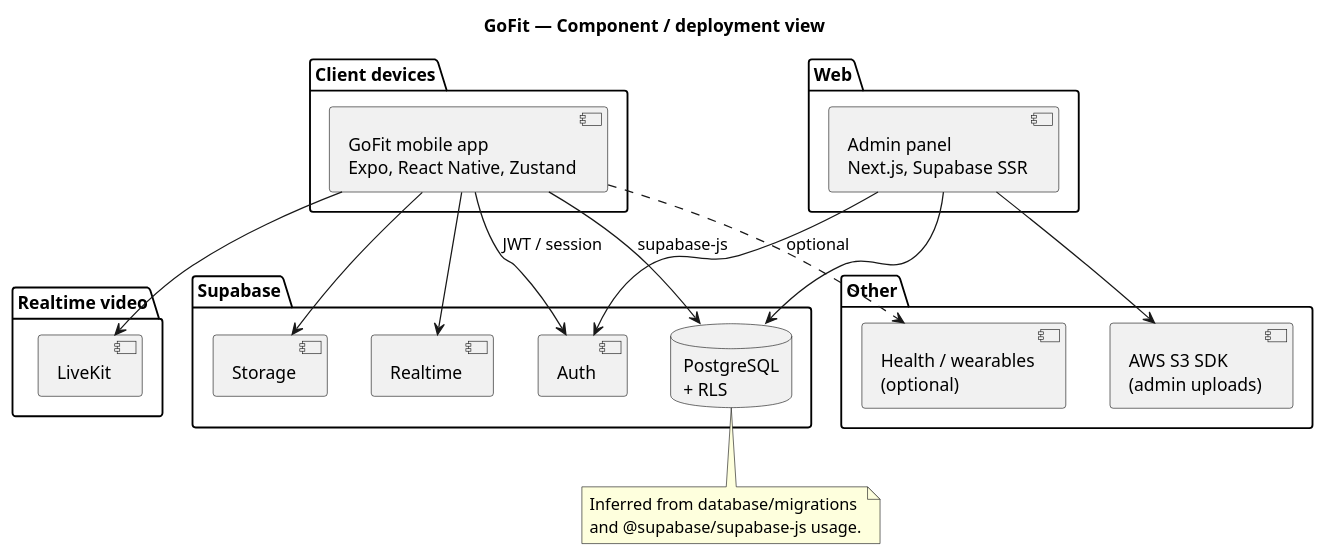
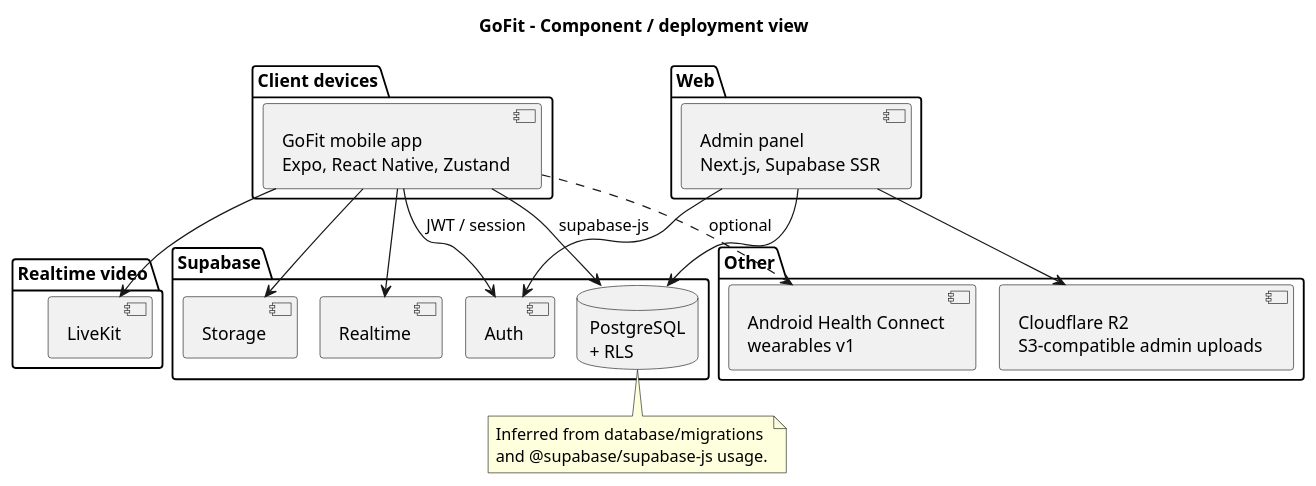
Before and after one commit to yessineblanco/GoFitFull: the diagram in docs/diagrams/gofit-architecture.puml, drawn with PlantUML. The commit also changed 17 other files, not shown here.

First line of the commit message:
feat: update diagrams and settings for improved visualization and functionality

```diff
--- a/docs/diagrams/gofit-architecture.puml
+++ b/docs/diagrams/gofit-architecture.puml
@@ -1,44 +1,45 @@
 @startuml GoFit_Architecture
-title GoFit — Component / deployment view
+!pragma layout smetana
+title GoFit - Component / deployment view
 
 package "Client devices" {
   [GoFit mobile app\nExpo, React Native, Zustand] as Mobile
 }
 
 package "Web" {
   [Admin panel\nNext.js, Supabase SSR] as Admin
 }
 
 package "Realtime video" {
   [LiveKit] as LK
 }
 
 package "Supabase" {
   [Auth] as Auth
   database "PostgreSQL\n+ RLS" as PG
   [Storage] as Stor
   [Realtime] as Realtime
 }
 
 package "Other" {
-  [AWS S3 SDK\n(admin uploads)] as S3
-  [Health / wearables\n(optional)] as Health
+  [Cloudflare R2\nS3-compatible admin uploads] as R2
+  [Android Health Connect\nwearables v1] as Health
 }
 
 Mobile --> Auth : JWT / session
 Mobile --> PG : supabase-js
 Mobile --> Stor
 Mobile --> Realtime
 Mobile --> LK
 Mobile ..> Health : optional
 
 Admin --> Auth
 Admin --> PG
-Admin --> S3
+Admin --> R2
 
 note bottom of PG
   Inferred from database/migrations
   and @supabase/supabase-js usage.
 end note
 
 @enduml
```
